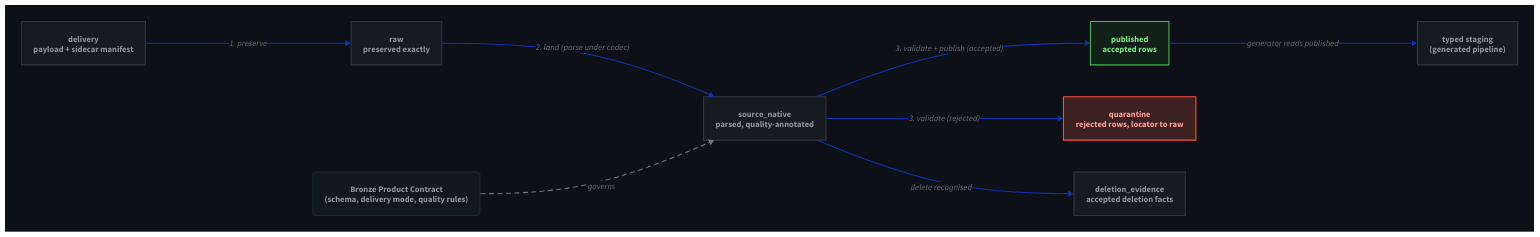
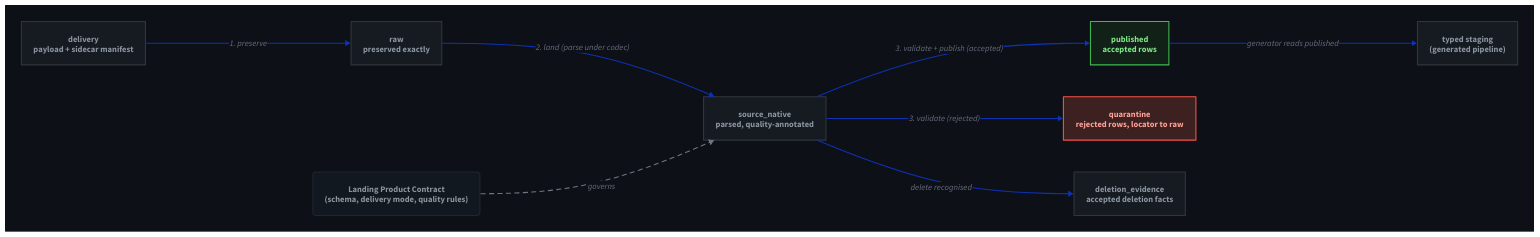
One commit to antikas/ergasterion changed the diagram in docs/architecture/bronze-ingestion.d2. Above: the diagram before and after it, drawn with D2. The commit also changed 2512 other files, not shown here.

Commit message:
Ergasterion 0.6.0: the product-graph engine, two worked estates, one emission command

```diff
--- a/docs/architecture/bronze-ingestion.d2
+++ b/docs/architecture/bronze-ingestion.d2
@@ -1,84 +1,84 @@
 # docs/architecture/bronze-ingestion.d2
 #
-# Bronze's received-batch boundary: preserve, land, validate, publish/quarantine,
-# and the five named interfaces every Bronze product exposes. Rendered with:
+# The landing received-batch boundary: preserve, land, validate, publish or quarantine,
+# and the five named interfaces every landing product exposes. Rendered with:
 #   d2 --layout elk docs/architecture/bronze-ingestion.d2 docs/architecture/bronze-ingestion.svg
 # The committed SVG is generated from this source with the command above.
 
 canvas: {
   label: ""
   style.fill: "#0d1117"
   style.stroke: "#0d1117"
   near: top-left
   direction: right
 
-  contract: "Bronze Product Contract\n(schema, delivery mode, quality rules)" {
+  contract: "Landing Product Contract\n(schema, delivery mode, quality rules)" {
     class: contract
   }
 
   delivery: "delivery\npayload + sidecar manifest" {
     class: dim
   }
 
   raw: "raw\npreserved exactly" {
     class: dim
   }
 
   source_native: "source_native\nparsed, quality-annotated" {
     class: dim
   }
 
   published: "published\naccepted rows" {
     class: accept
   }
 
   quarantine: "quarantine\nrejected rows, locator to raw" {
     class: reject
   }
 
   deletion_evidence: "deletion_evidence\naccepted deletion facts" {
     class: dim
   }
 
   staging: "typed staging\n(generated pipeline)" {
     class: dim
   }
 
   delivery -> raw: "1. preserve"
   raw -> source_native: "2. land (parse under codec)"
   source_native -> published: "3. validate + publish (accepted)"
   source_native -> quarantine: "3. validate (rejected)"
   source_native -> deletion_evidence: "delete recognised"
   published -> staging: "generator reads published"
 
   contract -> source_native: "governs" {
     style.stroke-dash: 4
     style.stroke: "#6e7681"
   }
 }
 
 classes: {
   dim: {
     style.fill: "#161b22"
     style.stroke: "#30363d"
     style.font-color: "#8b949e"
   }
   contract: {
     style.fill: "#111820"
     style.stroke: "#21262d"
     style.font-color: "#8b949e"
     style.border-radius: 6
   }
   accept: {
     style.fill: "#122117"
     style.stroke: "#3fb950"
     style.font-color: "#7ee787"
     style.stroke-width: 2
   }
   reject: {
     style.fill: "#3d2020"
     style.stroke: "#f85149"
     style.font-color: "#ffa198"
     style.stroke-width: 2
   }
 }
```
